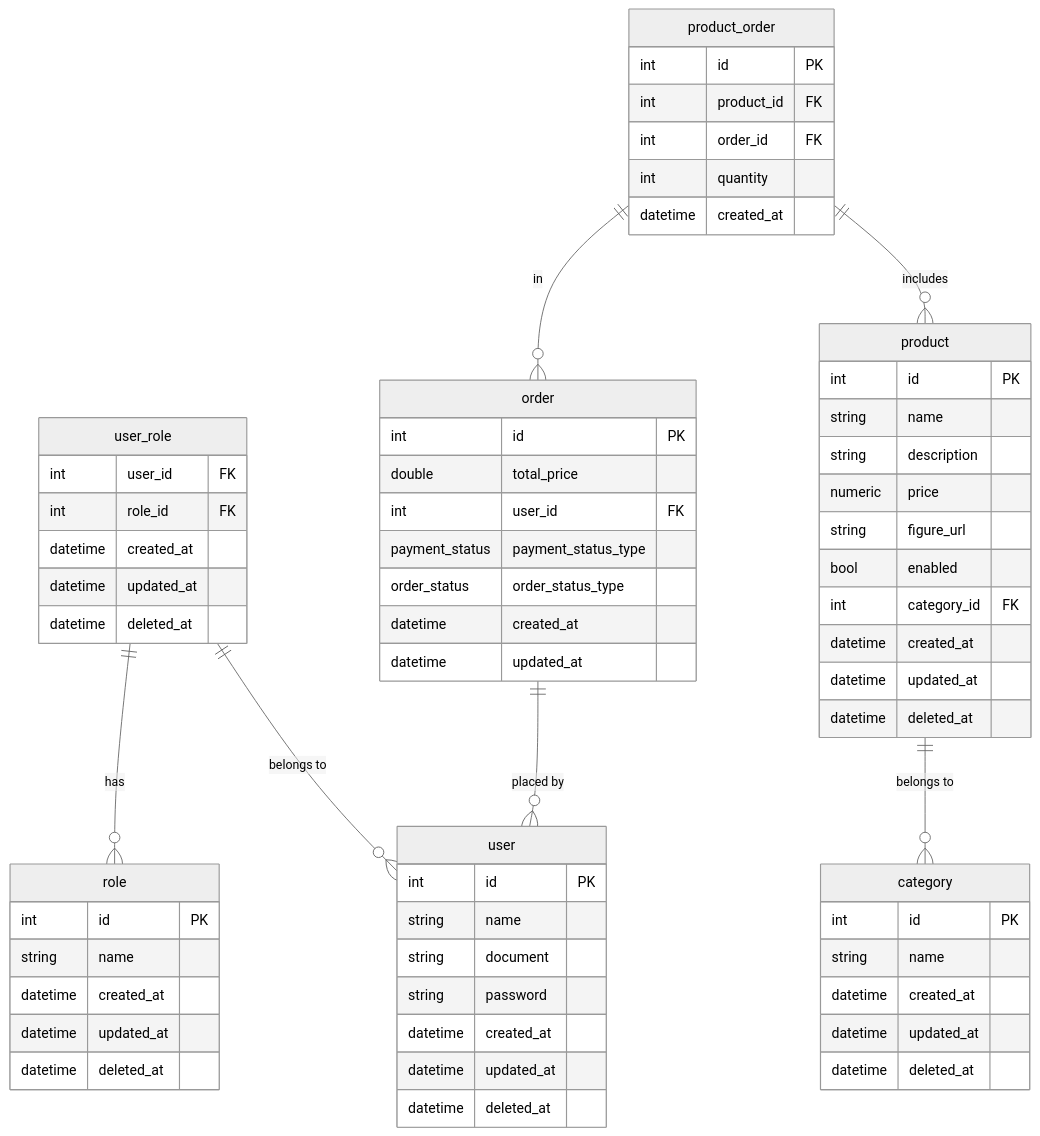
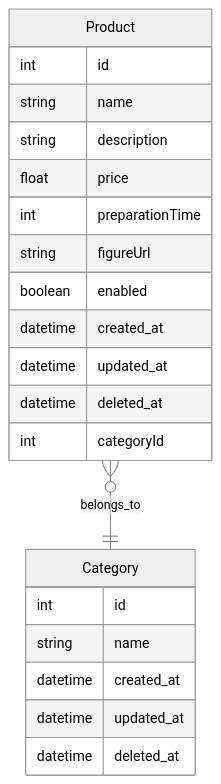
Before and after one commit to Grupo-26-FIAP/tech-challenge-product-catalog: the second of 2 diagrams in README.md, drawn with Mermaid (neutral theme). The commit also changed other lines of this file, not shown here.

````diff
--- a/README.md
+++ b/README.md
@@ -273,74 +135,24 @@
 ```mermaid
 erDiagram
-    user {
-        int id PK
+    Product {
+        int id
         string name
-        string document
-        string password
+        string description
+        float price
+        int preparationTime
+        string figureUrl
+        boolean enabled
         datetime created_at
         datetime updated_at
         datetime deleted_at
+        int categoryId
     }
-
-    role {
-        int id PK
+    Category {
+        int id
         string name
         datetime created_at
         datetime updated_at
         datetime deleted_at
     }
-
-    user_role {
-        int user_id FK
-        int role_id FK
-        datetime created_at
-        datetime updated_at
-        datetime deleted_at
-    }
-
-    order {
-        int id PK
-        double total_price
-        int user_id FK
-        payment_status payment_status_type
-        order_status order_status_type
-        datetime created_at
-        datetime updated_at
-    }
-
-    product_order {
-        int id PK
-        int product_id FK
-        int order_id FK
-        int quantity
-        datetime created_at
-    }
-
-    product {
-        int id PK
-        string name
-        string description
-        numeric price
-        string figure_url
-        bool enabled
-        int category_id FK
-        datetime created_at
-        datetime updated_at
-        datetime deleted_at
-    }
-
-    category {
-        int id PK
-        string name
-        datetime created_at
-        datetime updated_at
-        datetime deleted_at
-    }
-
-    user_role ||--o{ user : "belongs to"
-    user_role ||--o{ role : "has"
-    order ||--o{ user : "placed by"
-    product_order ||--o{ product : "includes"
-    product_order ||--o{ order : "in"
-    product ||--o{ category : "belongs to"
+    Product }o--|| Category : belongs_to
 ```
````
